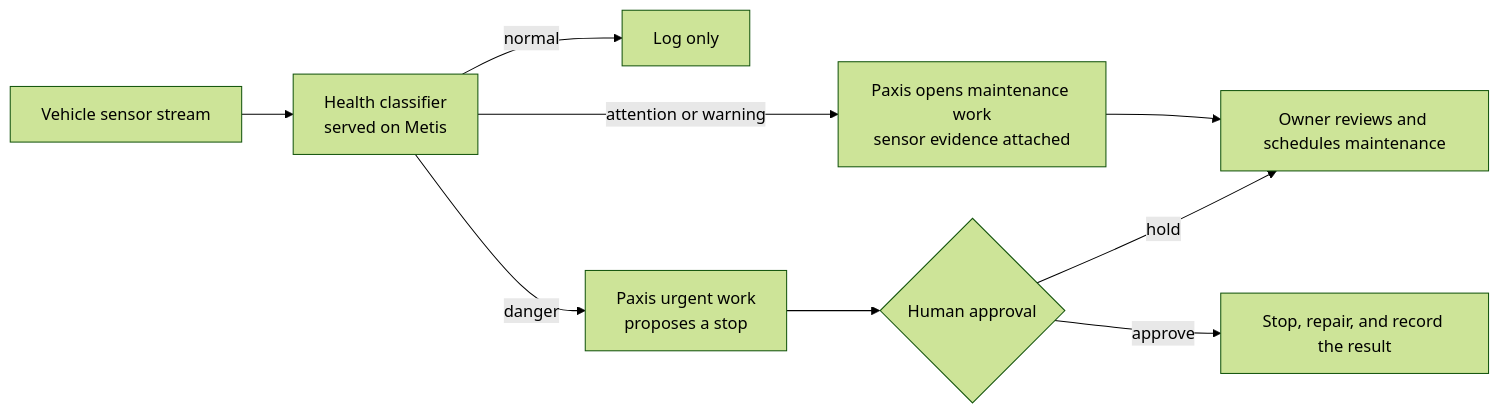
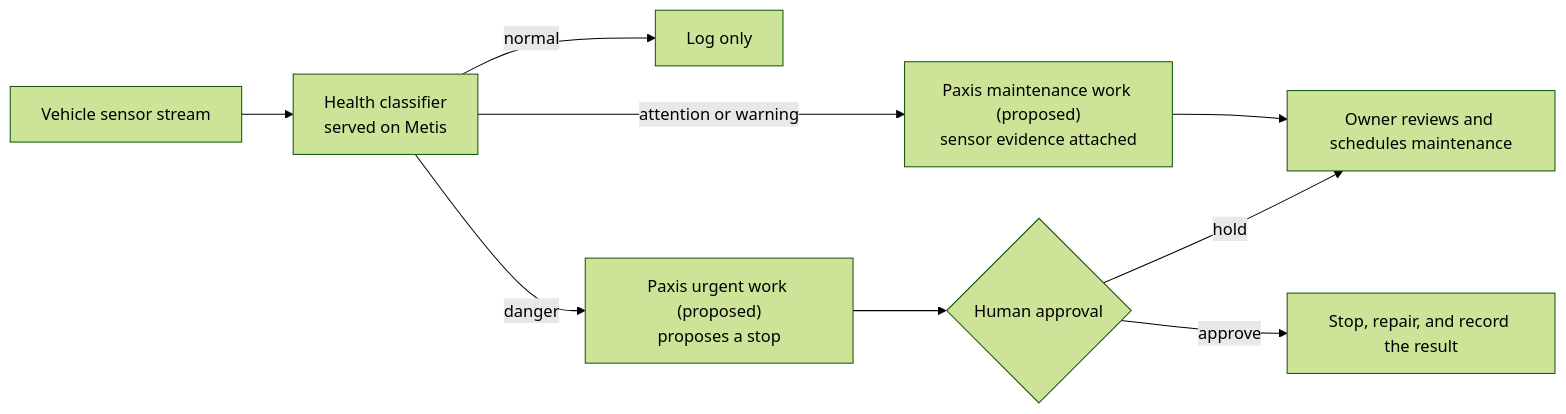
The diagram in _posts/en/research/2026-11-01-thaki-equipmenthealth-sensor-paxis-maintenance.md (ThakiCloud/thakicloud.github.io), drawn with Mermaid (forest theme) before and after one commit. The commit also changed other lines of this file and 5 other files, not shown here.

````diff
--- a/_posts/en/research/2026-11-01-thaki-equipmenthealth-sensor-paxis-maintenance.md
+++ b/_posts/en/research/2026-11-01-thaki-equipmenthealth-sensor-paxis-maintenance.md
@@ -72,11 +72,11 @@
 ```mermaid
 flowchart LR
   A["Vehicle sensor stream"] --> B["Health classifier<br/>served on Metis"]
   B -->|normal| C["Log only"]
-  B -->|attention or warning| D["Paxis opens maintenance work<br/>sensor evidence attached"]
-  B -->|danger| E["Paxis urgent work<br/>proposes a stop"]
+  B -->|attention or warning| D["Paxis maintenance work (proposed)<br/>sensor evidence attached"]
+  B -->|danger| E["Paxis urgent work (proposed)<br/>proposes a stop"]
   D --> F["Owner reviews and schedules maintenance"]
   E --> G{"Human approval"}
   G -->|approve| H["Stop, repair, and record the result"]
   G -->|hold| F
 ```
````
